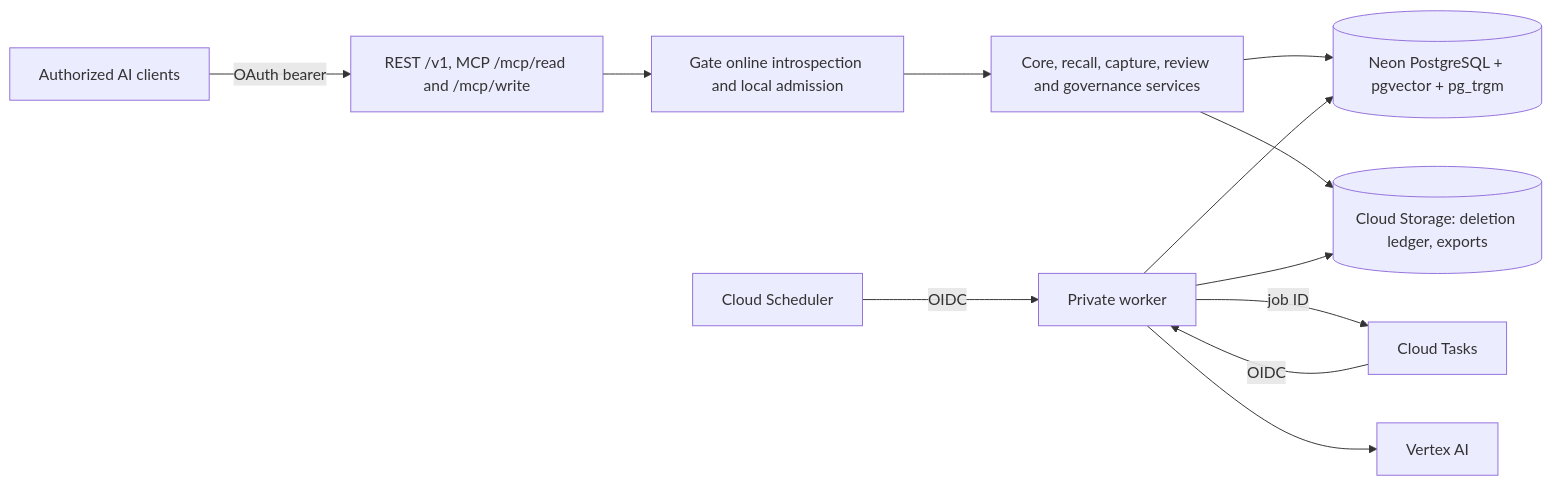
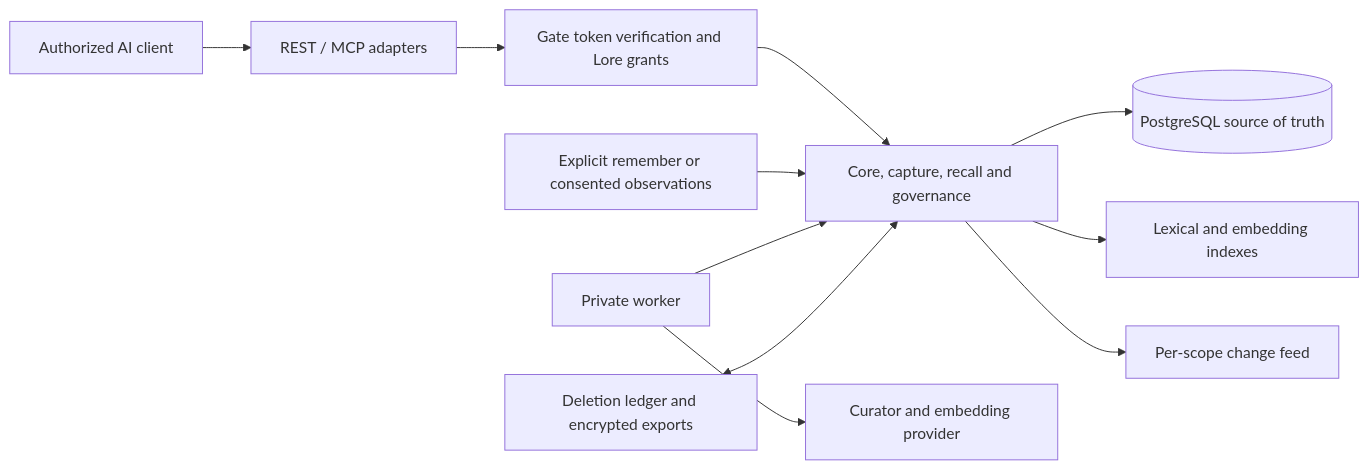
Before and after one commit to takezoh/syntoria-lore: the diagram in ARCHITECTURE.md, drawn with Mermaid. The commit also changed other lines of this file and 14 other files, not shown here.

````diff
--- a/ARCHITECTURE.md
+++ b/ARCHITECTURE.md
@@ -9,14 +7,13 @@
 ```mermaid
 flowchart LR
-  AI[Authorized AI clients] -->|OAuth bearer| Entry[REST /v1, MCP /mcp/read and /mcp/write]
-  Entry --> Auth[Gate online introspection and local admission]
-  Auth --> Services[Core, recall, capture, review and governance services]
-  Services --> DB[(Neon PostgreSQL + pgvector + pg_trgm)]
-  Services --> GCS[(Cloud Storage: deletion ledger, exports)]
-  Sched[Cloud Scheduler] -->|OIDC| Worker[Private worker]
-  Worker -->|job ID| Tasks[Cloud Tasks]
-  Tasks -->|OIDC| Worker
-  Worker --> DB
-  Worker --> GCS
-  Worker --> LLM[Vertex AI]
+  Client[Authorized AI client] --> API[REST / MCP adapters]
+  API --> Auth[Gate token verification and Lore grants]
+  Auth --> Core[Core, capture, recall and governance]
+  Core --> DB[(PostgreSQL source of truth)]
+  Core --> Index[Lexical and embedding indexes]
+  Input[Explicit remember or consented observations] --> Core
+  Core --> Feed[Per-scope change feed]
+  Worker[Private worker] --> Core
+  Worker --> Models[Curator and embedding provider]
+  Governance[Deletion ledger and encrypted exports] <--> Core
 ```
````
